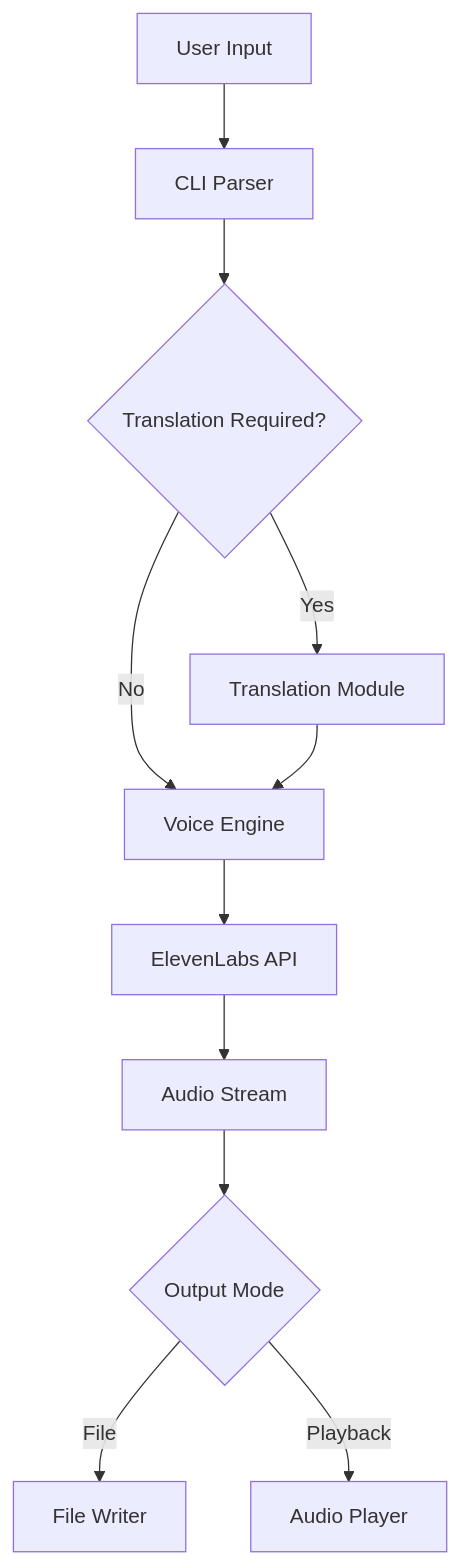
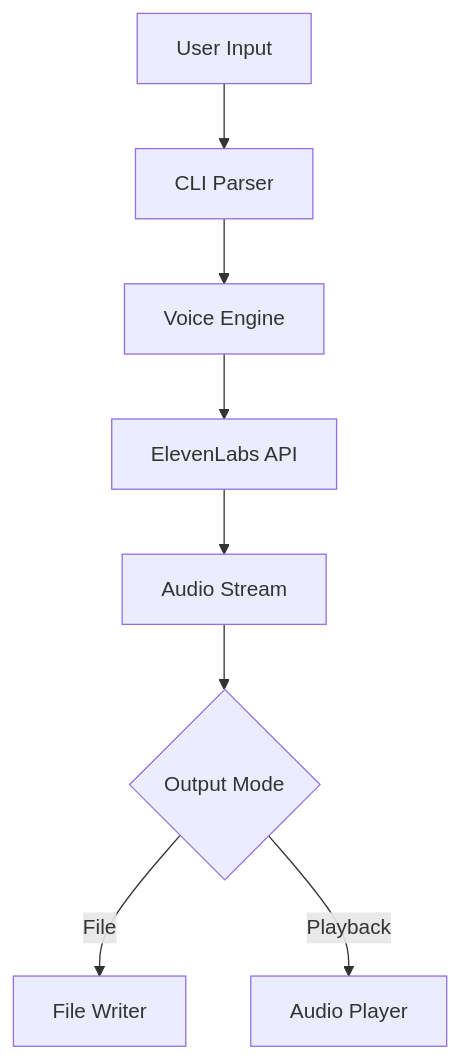
Before and after one commit to champierre/saym: the diagram in SPECIFICATION.md, drawn with Mermaid. The commit also changed other lines of this file and 12 other files, not shown here.

````diff
--- a/SPECIFICATION.md
+++ b/SPECIFICATION.md
@@ -150,13 +128,10 @@
 ```mermaid
 graph TD
     A[User Input] --> B[CLI Parser]
-    B --> C{Translation Required?}
-    C -->|Yes| D[Translation Module]
-    C -->|No| E[Voice Engine]
-    D --> E
-    E --> F[ElevenLabs API]
-    F --> G[Audio Stream]
-    G --> H{Output Mode}
-    H -->|File| I[File Writer]
-    H -->|Playback| J[Audio Player]
+    B --> C[Voice Engine]
+    C --> D[ElevenLabs API]
+    D --> E[Audio Stream]
+    E --> F{Output Mode}
+    F -->|File| G[File Writer]
+    F -->|Playback| H[Audio Player]
 ```
````
